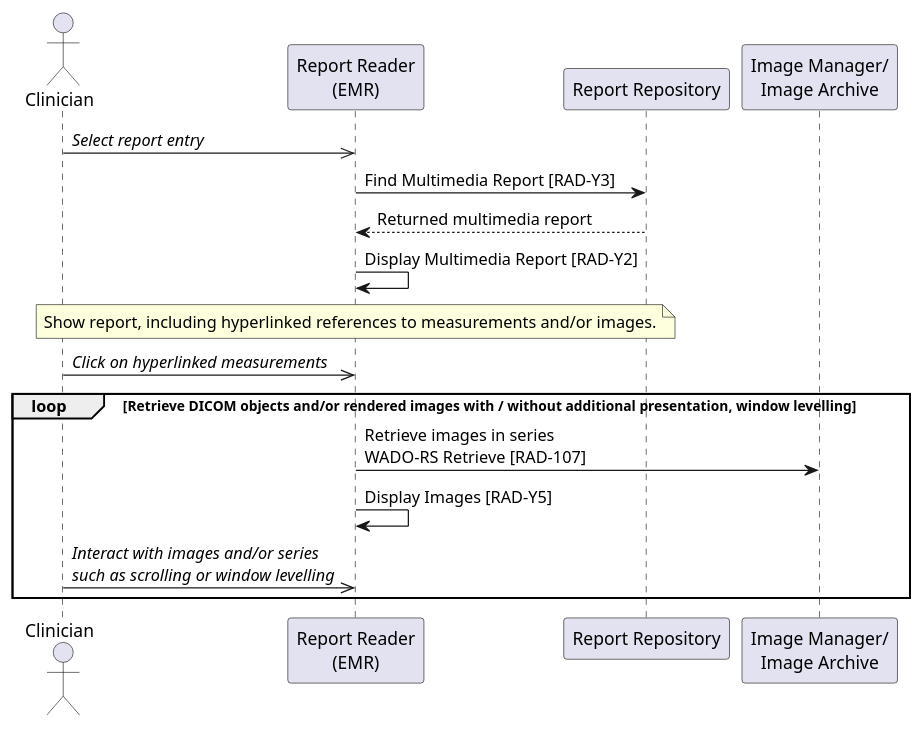
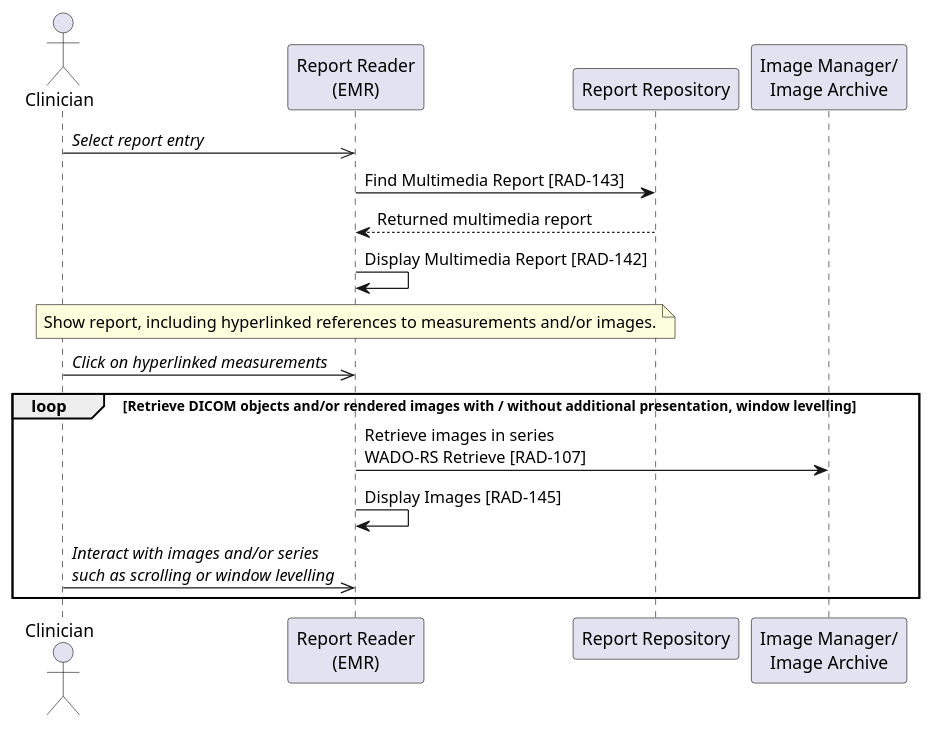
One commit to IHE/RAD.IMR changed the diagram in input/images-source/uc2-presenting-interactive-report-standalone.plantuml. Above: the diagram before and after it, drawn with PlantUML. The commit also changed 21 other files, not shown here.

```diff
--- a/input/images-source/uc2-presenting-interactive-report-standalone.plantuml
+++ b/input/images-source/uc2-presenting-interactive-report-standalone.plantuml
@@ -1,28 +1,28 @@
 @startuml
 
 actor Clinician as Clinician
 
 participant "Report Reader\n(EMR)" as Reader
 participant "Report Repository" as Repo
 
 participant "Image Manager/\nImage Archive" as Archive
 
 Clinician->>Reader: //Select report entry//
 
-Reader->Repo: Find Multimedia Report [RAD-Y3]
+Reader->Repo: Find Multimedia Report [RAD-143]
 Repo-->Reader: Returned multimedia report
-Reader->Reader: Display Multimedia Report [RAD-Y2]
+Reader->Reader: Display Multimedia Report [RAD-142]
 note over Reader
 Show report, including hyperlinked references to measurements and/or images.
 end note
 
 Clinician->>Reader: //Click on hyperlinked measurements//
 
 loop Retrieve DICOM objects and/or rendered images with / without additional presentation, window levelling
 Reader->Archive: Retrieve images in series\nWADO-RS Retrieve [RAD-107]
-Reader->Reader: Display Images [RAD-Y5]
+Reader->Reader: Display Images [RAD-145]
 
 Clinician->>Reader: //Interact with images and/or series//\n//such as scrolling or window levelling//
 end loop
 
 @enduml
```
